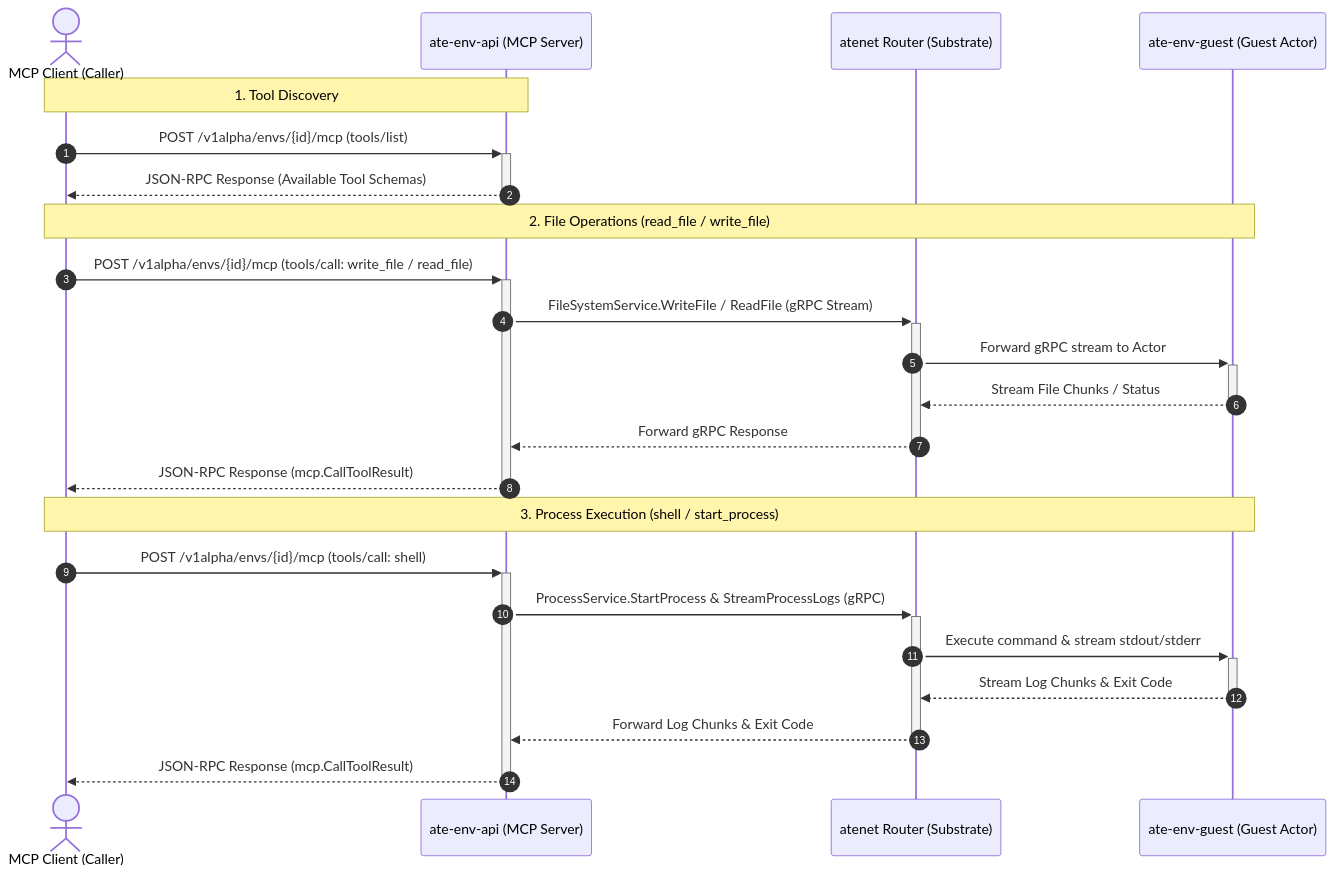
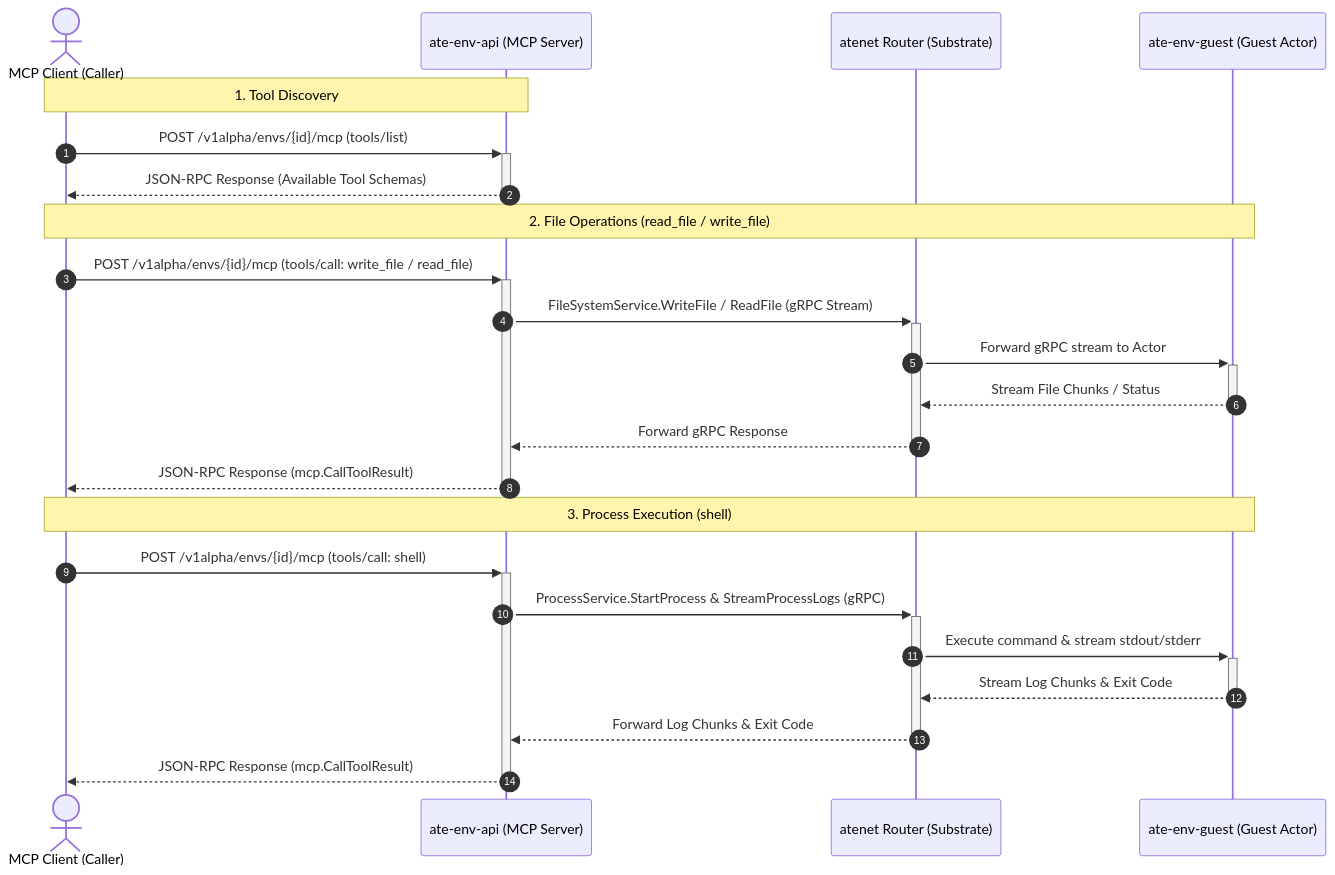
The diagram in examples/mcp/README.md (agent-substrate/env), drawn with Mermaid before and after one commit. The commit also changed other lines of this file and 3 other files, not shown here.

First line of the commit message:
internal/mcp: simplify process tools to only expose shell (#54)

````diff
--- a/examples/mcp/README.md
+++ b/examples/mcp/README.md
@@ -11,28 +11,28 @@
 ```mermaid
 sequenceDiagram
     autonumber
     actor Client as MCP Client (Caller)
     participant API as ate-env-api (MCP Server)
     participant Router as atenet Router (Substrate)
     participant Guest as ate-env-guest (Guest Actor)
 
     Note over Client,API: 1. Tool Discovery
     Client->>+API: POST /v1alpha/envs/{id}/mcp (tools/list)
     API-->>-Client: JSON-RPC Response (Available Tool Schemas)
 
     Note over Client,Guest: 2. File Operations (read_file / write_file)
     Client->>+API: POST /v1alpha/envs/{id}/mcp (tools/call: write_file / read_file)
     API->>+Router: FileSystemService.WriteFile / ReadFile (gRPC Stream)
     Router->>+Guest: Forward gRPC stream to Actor
     Guest-->>-Router: Stream File Chunks / Status
     Router-->>-API: Forward gRPC Response
     API-->>-Client: JSON-RPC Response (mcp.CallToolResult)
 
-    Note over Client,Guest: 3. Process Execution (shell / start_process)
+    Note over Client,Guest: 3. Process Execution (shell)
     Client->>+API: POST /v1alpha/envs/{id}/mcp (tools/call: shell)
     API->>+Router: ProcessService.StartProcess & StreamProcessLogs (gRPC)
     Router->>+Guest: Execute command & stream stdout/stderr
     Guest-->>-Router: Stream Log Chunks & Exit Code
     Router-->>-API: Forward Log Chunks & Exit Code
     API-->>-Client: JSON-RPC Response (mcp.CallToolResult)
 ```
````
